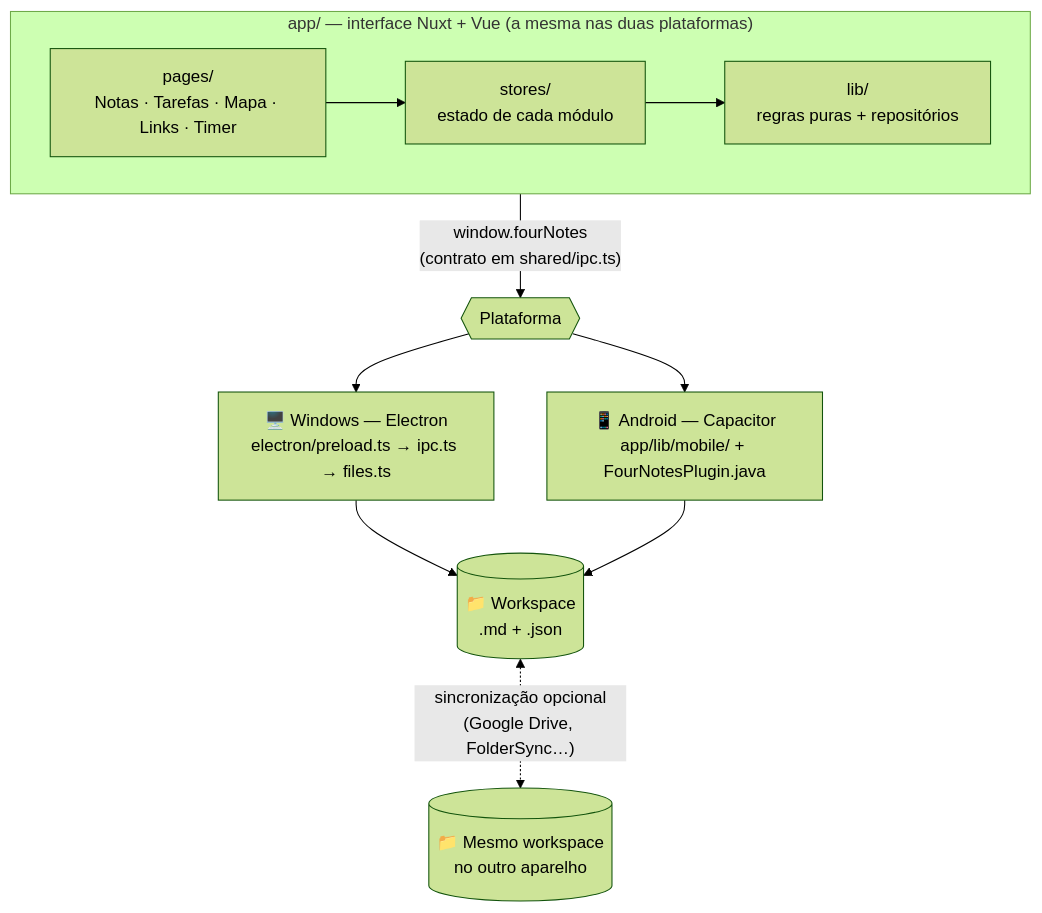
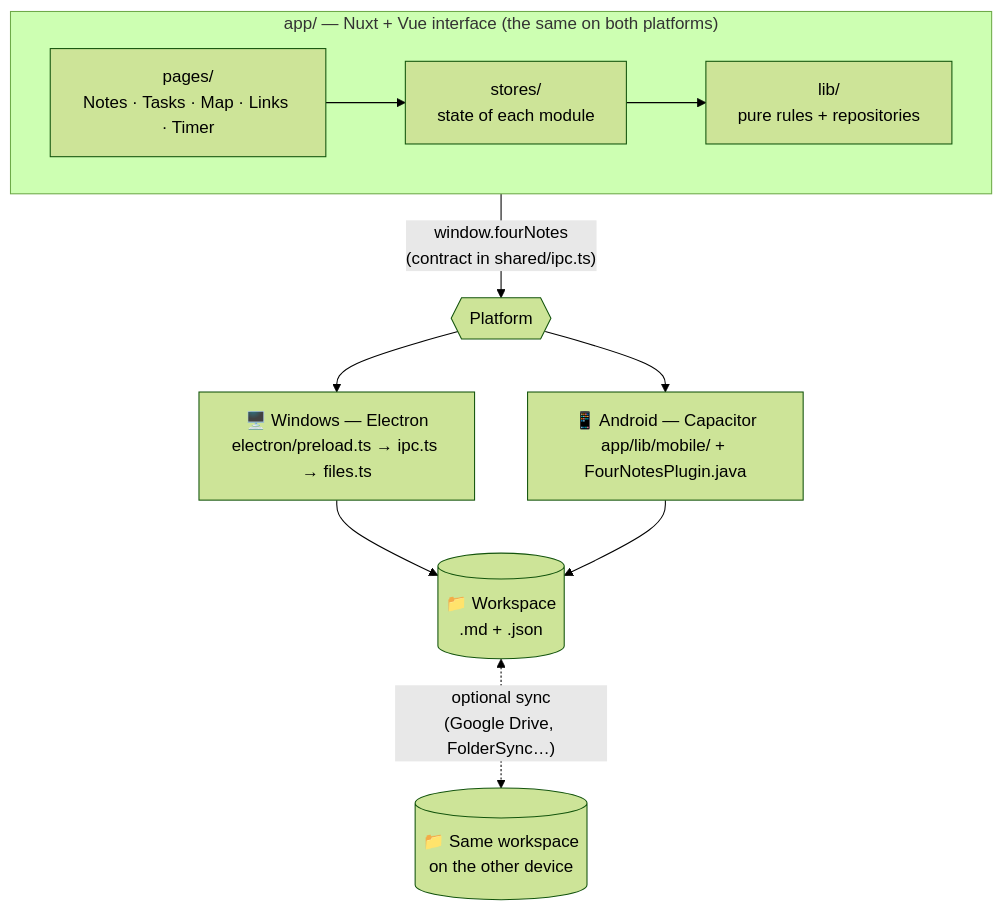
One commit to 4kauanmota/4notes-app changed the first of 2 diagrams in README.md. Above: the diagram before and after it, drawn with Mermaid (forest theme). The commit also changed other lines of this file and 32 other files, not shown here.

````diff
--- a/README.md
+++ b/README.md
@@ -166,18 +171,18 @@
 ```mermaid
 flowchart TB
-    subgraph UI["app/ — interface Nuxt + Vue (a mesma nas duas plataformas)"]
+    subgraph UI["app/ — Nuxt + Vue interface (the same on both platforms)"]
         direction LR
-        P["pages/<br/>Notas · Tarefas · Mapa · Links · Timer"] --> S["stores/<br/>estado de cada módulo"]
-        S --> L["lib/<br/>regras puras + repositórios"]
+        P["pages/<br/>Notes · Tasks · Map · Links · Timer"] --> S["stores/<br/>state of each module"]
+        S --> L["lib/<br/>pure rules + repositories"]
     end
 
-    L -- "window.fourNotes<br/>(contrato em shared/ipc.ts)" --> API{{"Plataforma"}}
+    L -- "window.fourNotes<br/>(contract in shared/ipc.ts)" --> API{{"Platform"}}
 
     API --> E["🖥️ Windows — Electron<br/>electron/preload.ts → ipc.ts → files.ts"]
     API --> M["📱 Android — Capacitor<br/>app/lib/mobile/ + FourNotesPlugin.java"]
 
     E --> W[("📁 Workspace<br/>.md + .json")]
     M --> W
 
-    W <-. "sincronização opcional<br/>(Google Drive, FolderSync…)" .-> W2[("📁 Mesmo workspace<br/>no outro aparelho")]
+    W <-. "optional sync<br/>(Google Drive, FolderSync…)" .-> W2[("📁 Same workspace<br/>on the other device")]
 ```
````
